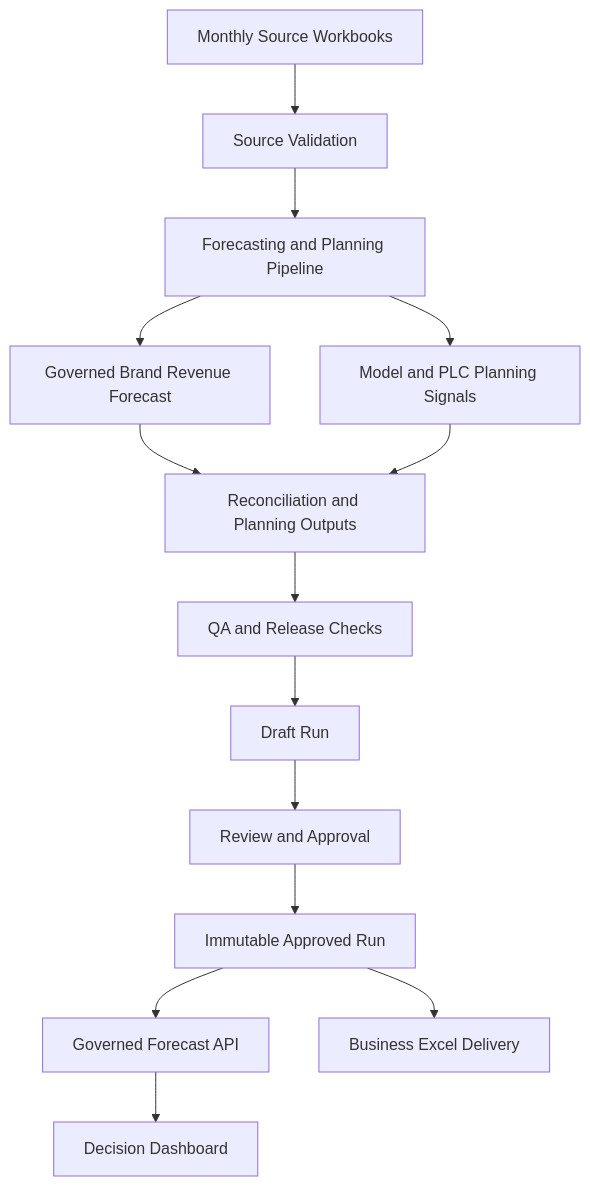
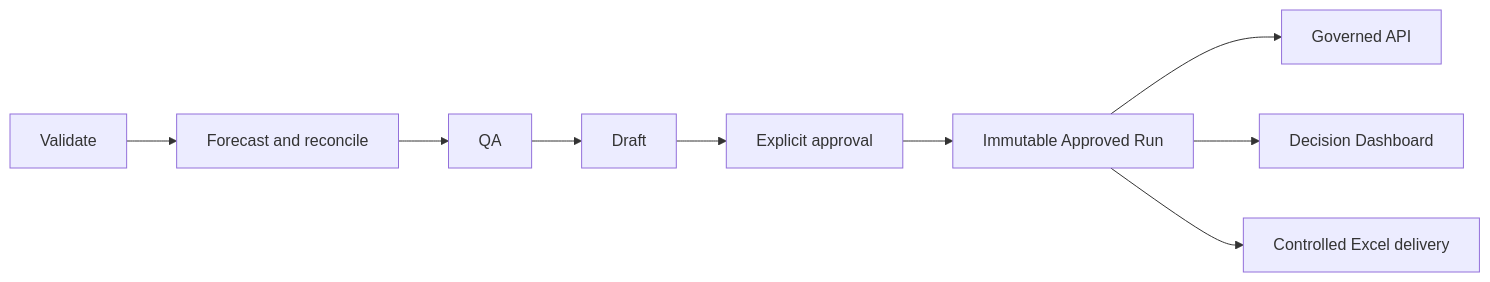
One commit to Guanhua-martin-Chen/automotive-forecasting-decision-platform changed the third of 3 diagrams in README.md. Above: the diagram before and after it, drawn with Mermaid. The commit also changed other lines of this file and 8 other files, not shown here.

````diff
--- a/README.md
+++ b/README.md
@@ -53,20 +67,11 @@
 ```mermaid
-flowchart TD
-    A[Monthly Source Workbooks] --> B[Source Validation]
-    B --> C[Forecasting and Planning Pipeline]
-
-    C --> D[Governed Brand Revenue Forecast]
-    C --> E[Model and PLC Planning Signals]
-
-    D --> F[Reconciliation and Planning Outputs]
-    E --> F
-
-    F --> G[QA and Release Checks]
-    G --> H[Draft Run]
-    H --> I[Review and Approval]
-    I --> J[Immutable Approved Run]
-
-    J --> K[Governed Forecast API]
-    K --> L[Decision Dashboard]
-    J --> M[Business Excel Delivery]
+flowchart LR
+    A[Validate] --> B[Forecast and reconcile]
+    B --> C[QA]
+    C --> D[Draft]
+    D --> E[Explicit approval]
+    E --> F[Immutable Approved Run]
+    F --> G[Governed API]
+    F --> H[Decision Dashboard]
+    F --> I[Controlled Excel delivery]
 ```
````
